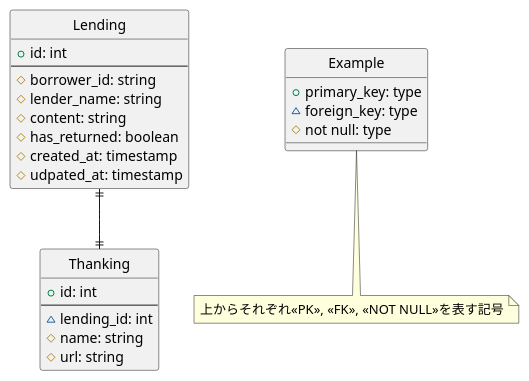
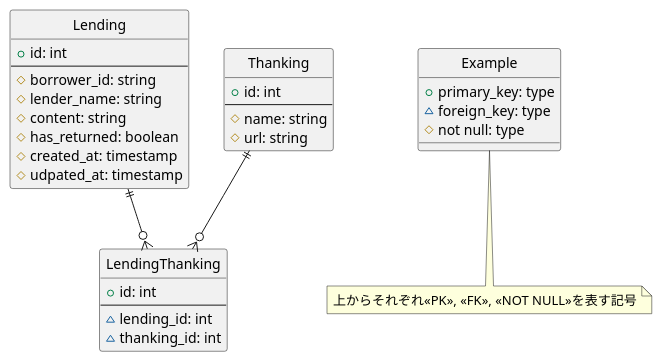
One commit to TOMOFUMI-KONDO/intern-line-bot changed the diagram in document/er.puml. Above: the diagram before and after it, drawn with PlantUML.

Commit message:
Added intermediate table lending_thanking

```diff
--- a/document/er.puml
+++ b/document/er.puml
@@ -1,34 +1,43 @@
 @startuml
 
 hide circle
 skinparam inetype ortho
 
+' 借り
 entity Lending {
     +id: int
     --
     #borrower_id: string
     #lender_name: string
     #content: string
     #has_returned: boolean
     #created_at: timestamp
     #udpated_at: timestamp
 }
 
+' お礼
 entity Thanking {
     +id: int
     --
-    ~lending_id: int
     #name: string
     #url: string
 }
 
-Lending ||--|| Thanking
+entity LendingThanking {
+    +id: int
+    --
+    ~lending_id: int
+    ~thanking_id: int
+}
+
+Lending ||--o{ LendingThanking
+Thanking ||--o{ LendingThanking
 
 entity Example {
     +primary_key: type
     ~foreign_key: type
     #not null: type
 }
 note bottom: 上からそれぞれ<<PK>>, <<FK>>, <<NOT NULL>>を表す記号
 
 @enduml
```
